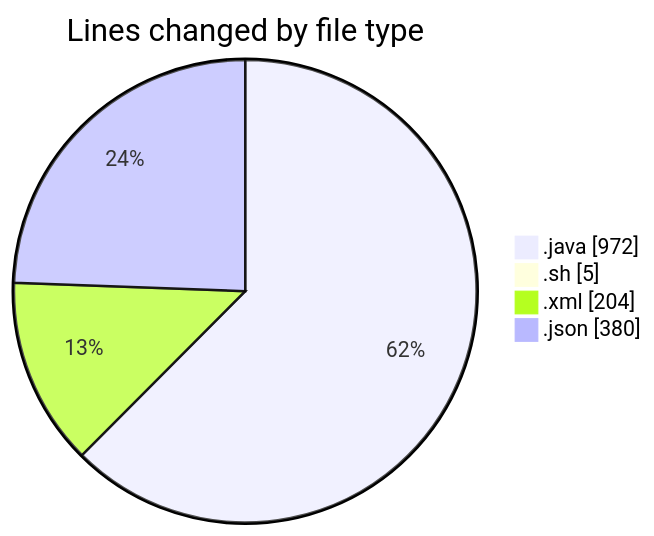
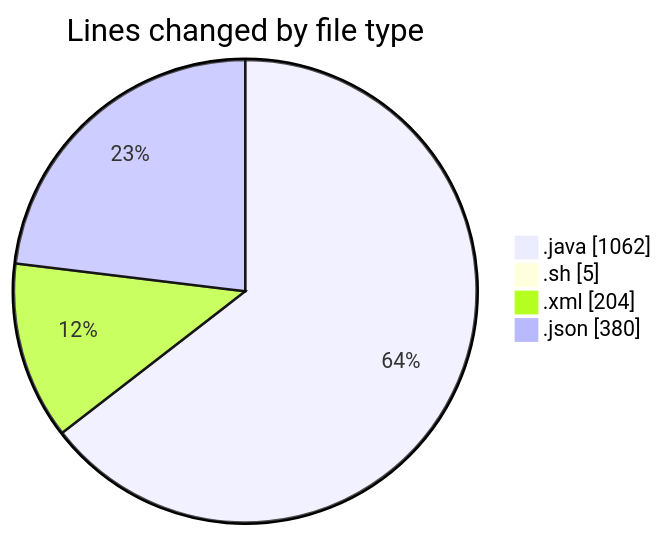
One commit to charlie-sans/code-tracking changed the first of 2 diagrams in 2025-02-19/micros/README.md. Above: the diagram before and after it, drawn with Mermaid. The commit also changed other lines of this file and 1 other file, not shown here.

````diff
--- a/2025-02-19/micros/README.md
+++ b/2025-02-19/micros/README.md
@@ -30,8 +30,8 @@
 ```mermaid
 pie showData
 title Lines changed by file type
-".java" : 972
+".java" : 1062
 ".sh" : 5
 ".xml" : 204
 ".json" : 380
 ```
````
